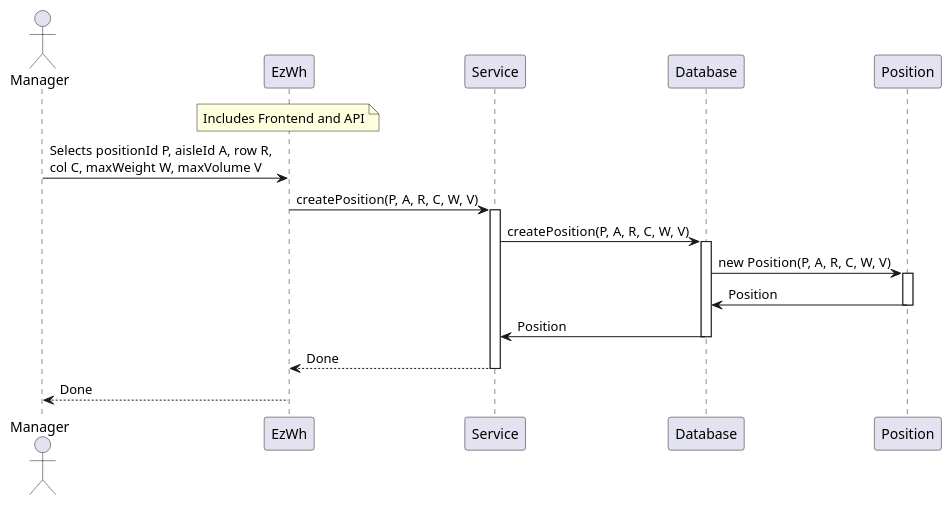
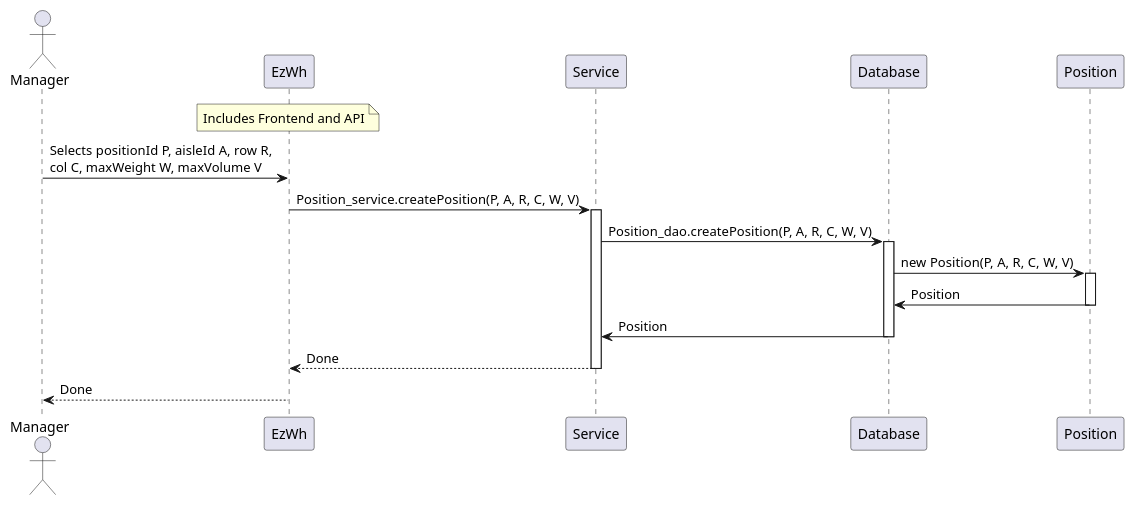
Before and after one commit to giuseppe-dandrea/EzWh: the fourth of 12 diagrams in DesignDocument.md, drawn with PlantUML. The commit also changed other lines of this file, not shown here.

Commit message:
seq diagrams 1-1, 1-3, 2-1, 2-2, 3-1 updated

````diff
--- a/DesignDocument.md
+++ b/DesignDocument.md
@@ -608,23 +587,23 @@
 ```plantuml
 actor Manager
 participant EzWh
 note over EzWh: Includes Frontend and API
 participant Service
 participant Database
 participant Position
 
 Manager -> EzWh: Selects positionId P, aisleId A, row R,\ncol C, maxWeight W, maxVolume V
-EzWh -> Service: createPosition(P, A, R, C, W, V)
+EzWh -> Service: Position_service.createPosition(P, A, R, C, W, V)
 activate Service
-Service -> Database: createPosition(P, A, R, C, W, V)
+Service -> Database: Position_dao.createPosition(P, A, R, C, W, V)
 activate Database
 Database-> Position: new Position(P, A, R, C, W, V)
 activate Position
 Position -> Database: Position
 deactivate Position
 Database->Service: Position
 deactivate Database
 Service --> EzWh: Done
 deactivate Service
 EzWh --> Manager : Done
 ```
````
